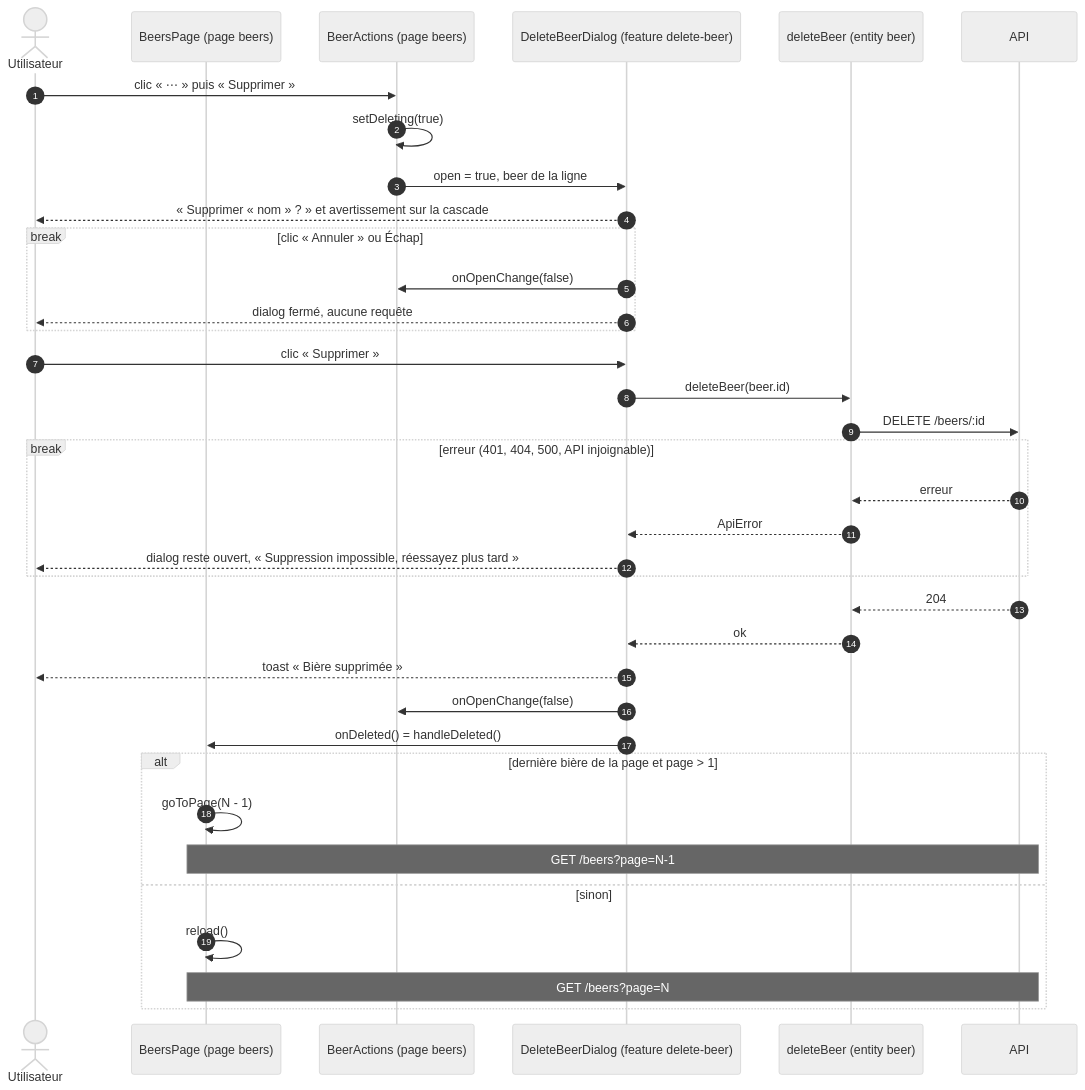
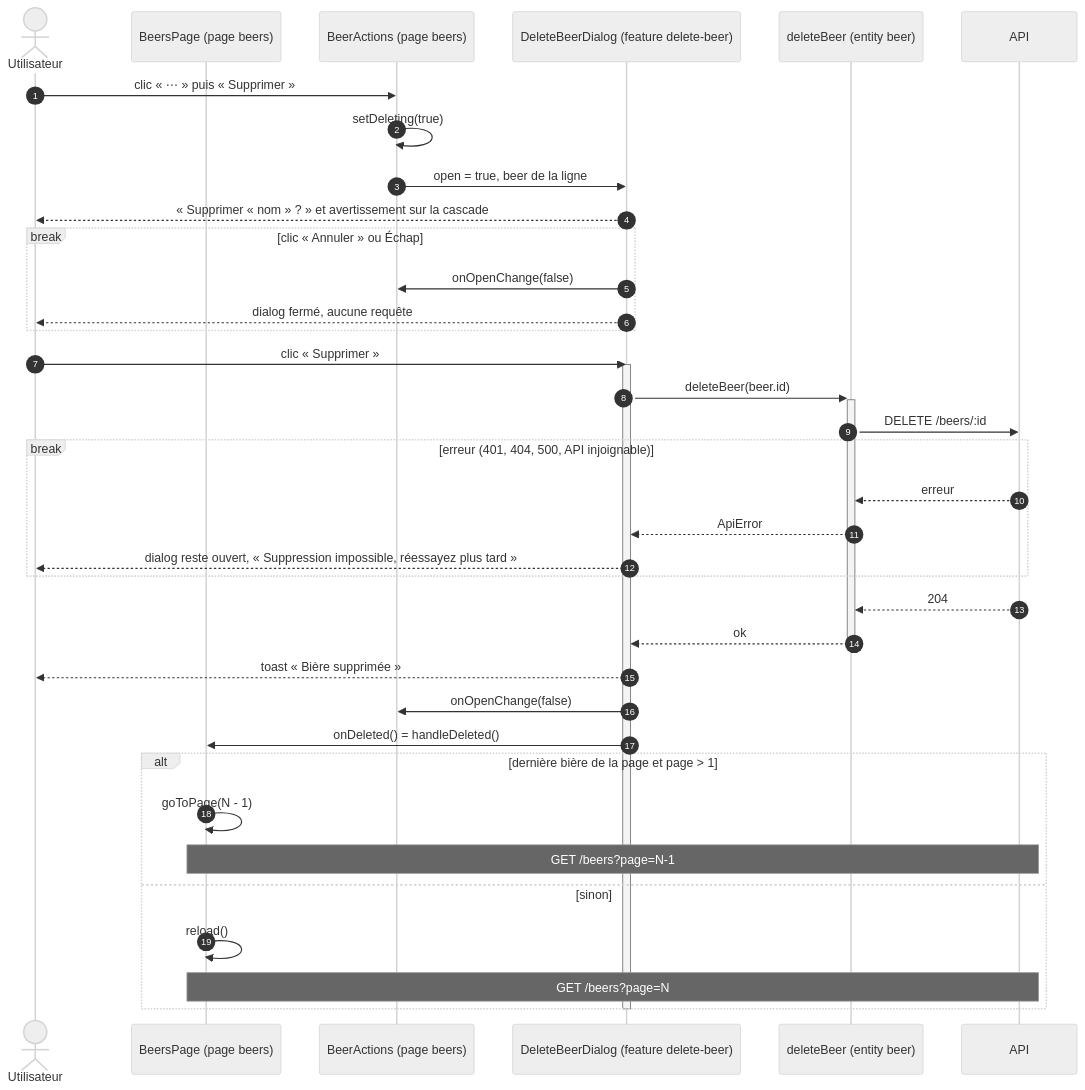
One commit to SIMPLON-DIST-CDA-260316/zythologue_julien_lemarchand changed the diagram in apps/client/docs/diagrams/delete-beer-sequence.md. Above: the diagram before and after it, drawn with Mermaid (neutral theme). The commit also changed other lines of this file and 3 other files, not shown here.

Commit message:
docs(client): barres d'activation et état livré dans les diagrammes bières

````diff
--- a/apps/client/docs/diagrams/delete-beer-sequence.md
+++ b/apps/client/docs/diagrams/delete-beer-sequence.md
@@ -9,44 +9,46 @@
 ```mermaid
 sequenceDiagram
     autonumber
     actor U as Utilisateur
     participant P as BeersPage (page beers)
     participant R as BeerActions (page beers)
     participant D as DeleteBeerDialog (feature delete-beer)
     participant A as deleteBeer (entity beer)
     participant API as API
 
     U->>R: clic « ⋯ » puis « Supprimer »
     R->>R: setDeleting(true)
     R->>D: open = true, beer de la ligne
     D-->>U: « Supprimer « nom » ? » et avertissement sur la cascade
 
     break clic « Annuler » ou Échap
         D->>R: onOpenChange(false)
         D-->>U: dialog fermé, aucune requête
     end
 
     U->>D: clic « Supprimer »
-    D->>A: deleteBeer(beer.id)
+    activate D
+    D->>+A: deleteBeer(beer.id)
     A->>API: DELETE /beers/:id
 
     break erreur (401, 404, 500, API injoignable)
         API-->>A: erreur
         A-->>D: ApiError
         D-->>U: dialog reste ouvert, « Suppression impossible, réessayez plus tard »
     end
 
     API-->>A: 204
-    A-->>D: ok
+    A-->>-D: ok
     D-->>U: toast « Bière supprimée »
     D->>R: onOpenChange(false)
     D->>P: onDeleted() = handleDeleted()
 
     alt dernière bière de la page et page > 1
         P->>P: goToPage(N - 1)
         Note over P,API: GET /beers?page=N-1
     else sinon
         P->>P: reload()
         Note over P,API: GET /beers?page=N
     end
+    deactivate D
 ```
````
